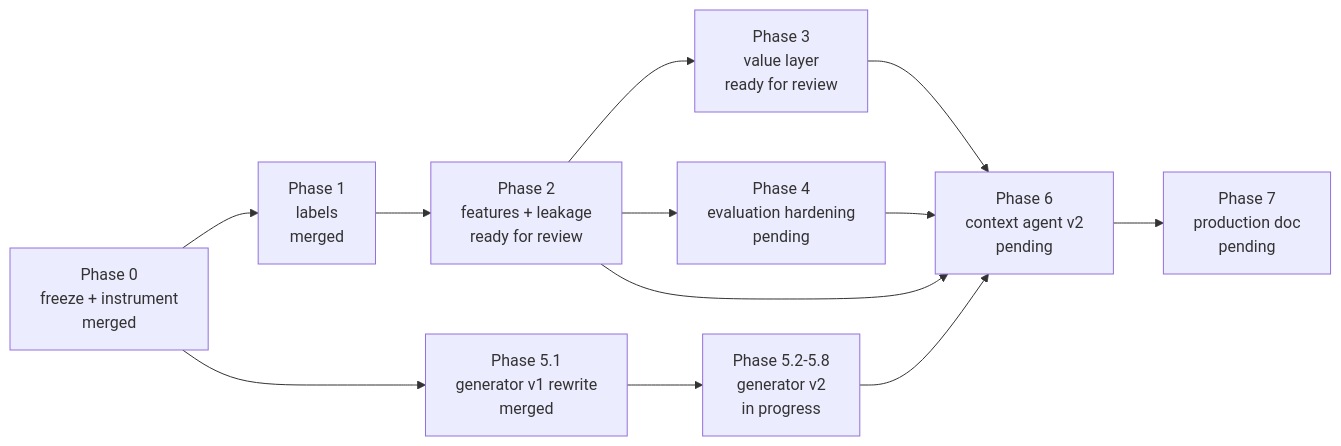
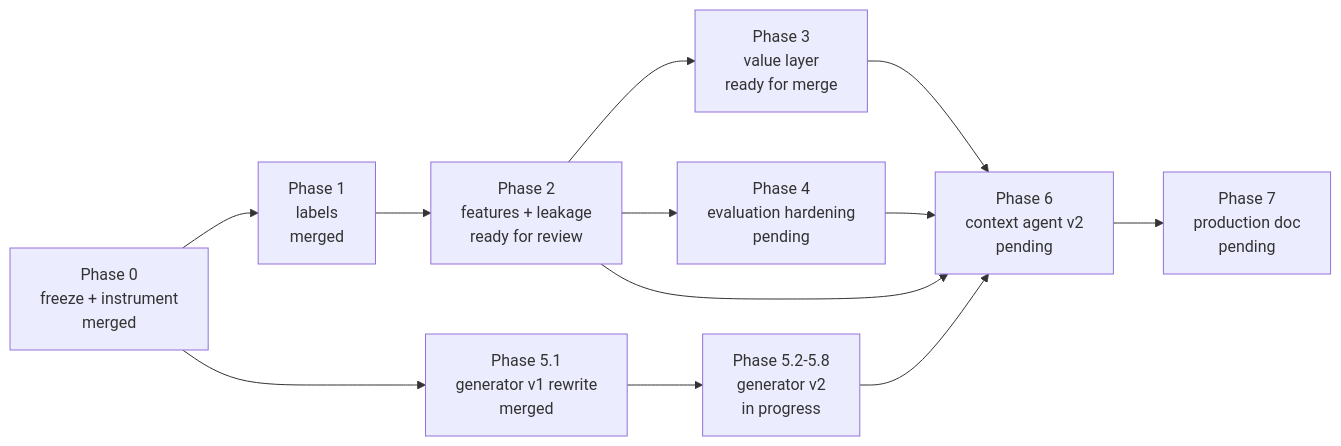
One commit to dsj-emva/learning-modal changed the third of 3 diagrams in docs/ARCHITECTURE.md. Above: the diagram before and after it, drawn with Mermaid. The commit also changed other lines of this file and 6 other files, not shown here.

Commit message:
Phase 3 orchestrator decisions R9-R11, ADR 0012 accepted, status ready for merge

````diff
--- a/docs/ARCHITECTURE.md
+++ b/docs/ARCHITECTURE.md
@@ -156,14 +156,14 @@
 ```mermaid
 flowchart LR
     P0["Phase 0<br/>freeze + instrument<br/>merged"] --> P1["Phase 1<br/>labels<br/>merged"]
     P1 --> P2["Phase 2<br/>features + leakage<br/>ready for review"]
-    P2 --> P3["Phase 3<br/>value layer<br/>ready for review"]
+    P2 --> P3["Phase 3<br/>value layer<br/>ready for merge"]
     P2 --> P4["Phase 4<br/>evaluation hardening<br/>pending"]
     P0 --> P51["Phase 5.1<br/>generator v1 rewrite<br/>merged"]
     P51 --> P5["Phase 5.2-5.8<br/>generator v2<br/>in progress"]
     P3 --> P6["Phase 6<br/>context agent v2<br/>pending"]
     P4 --> P6
     P5 --> P6
     P2 --> P6
     P6 --> P7["Phase 7<br/>production doc<br/>pending"]
 ```
````
